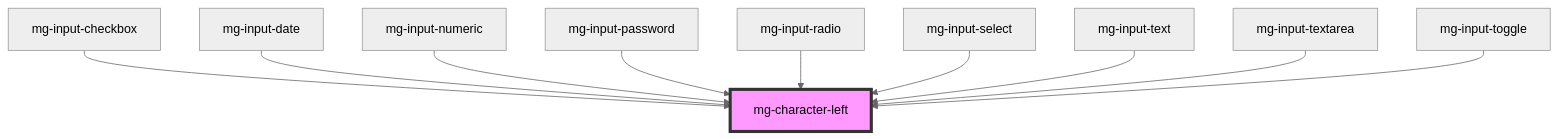
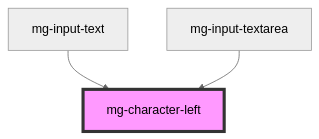
One commit to MGDIS/mg-components changed the diagram in src/components/atoms/mg-character-left/readme.md. Above: the diagram before and after it, drawn with Mermaid (neutral theme). The commit also changed other lines of this file and 97 other files, not shown here.

````diff
--- a/src/components/atoms/mg-character-left/readme.md
+++ b/src/components/atoms/mg-character-left/readme.md
@@ -45,13 +38,6 @@
 ```mermaid
 graph TD;
-  mg-input-checkbox --> mg-character-left
-  mg-input-date --> mg-character-left
-  mg-input-numeric --> mg-character-left
-  mg-input-password --> mg-character-left
-  mg-input-radio --> mg-character-left
-  mg-input-select --> mg-character-left
   mg-input-text --> mg-character-left
   mg-input-textarea --> mg-character-left
-  mg-input-toggle --> mg-character-left
   style mg-character-left fill:#f9f,stroke:#333,stroke-width:4px
 ```
````
